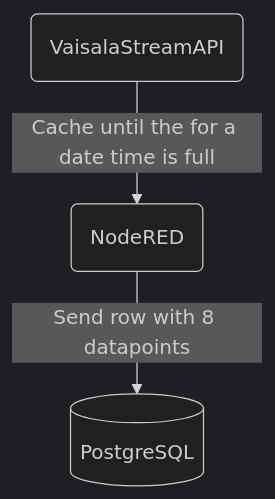
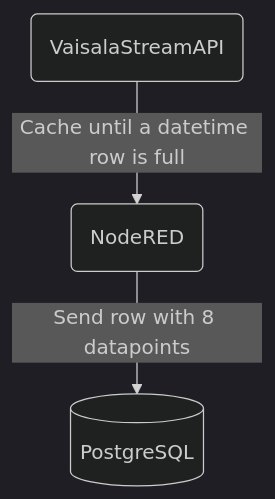
Before and after one commit to jonss0777/DIY_Sensor: the first of 2 diagrams in README.md, drawn with Mermaid (dark theme). The commit also changed other lines of this file, not shown here.

````diff
--- a/README.md
+++ b/README.md
@@ -5,8 +5,5 @@
 ```mermaid
 graph TD;
-  id1(VaisalaStreamAPI) --> |Cache until the for a date time is full|id2(NodeRED);   
+  id1(VaisalaStreamAPI) --> |Cache until a datetime row is full|id2(NodeRED);   
   id2 --> |Send row with 8 datapoints|id3[(PostgreSQL)];
-  
-
-
 ```
````
